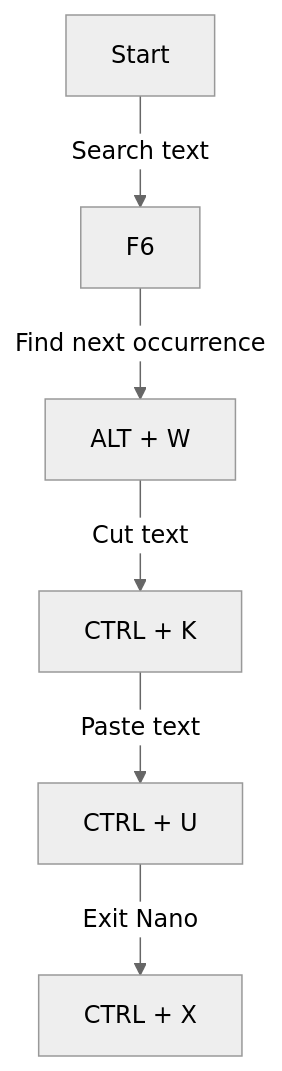
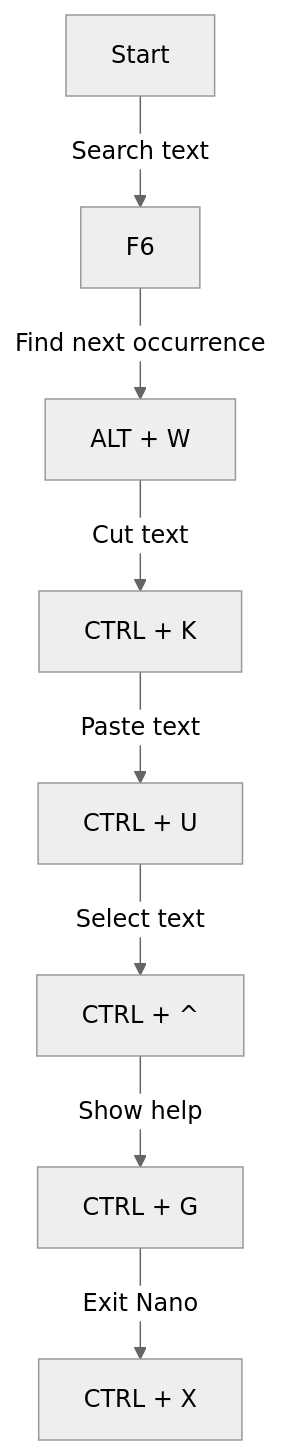
Before and after one commit to danielcregg/ats-labs: the fourth of 4 diagrams in README.md, drawn with Mermaid (neutral theme). The commit also changed other lines of this file, not shown here.

````diff
--- a/README.md
+++ b/README.md
@@ -154,8 +237,10 @@
 ```mermaid
 graph TD;
     A[Start] -->|Search text| B[F6];
     B -->|Find next occurrence| C[ALT + W];
     C -->|Cut text| D[CTRL + K];
     D -->|Paste text| E[CTRL + U];
-    E -->|Exit Nano| F[CTRL + X];
+    E -->|Select text| F[CTRL + ^];
+    F -->|Show help| G[CTRL + G];
+    G -->|Exit Nano| H[CTRL + X];
 ```
````
